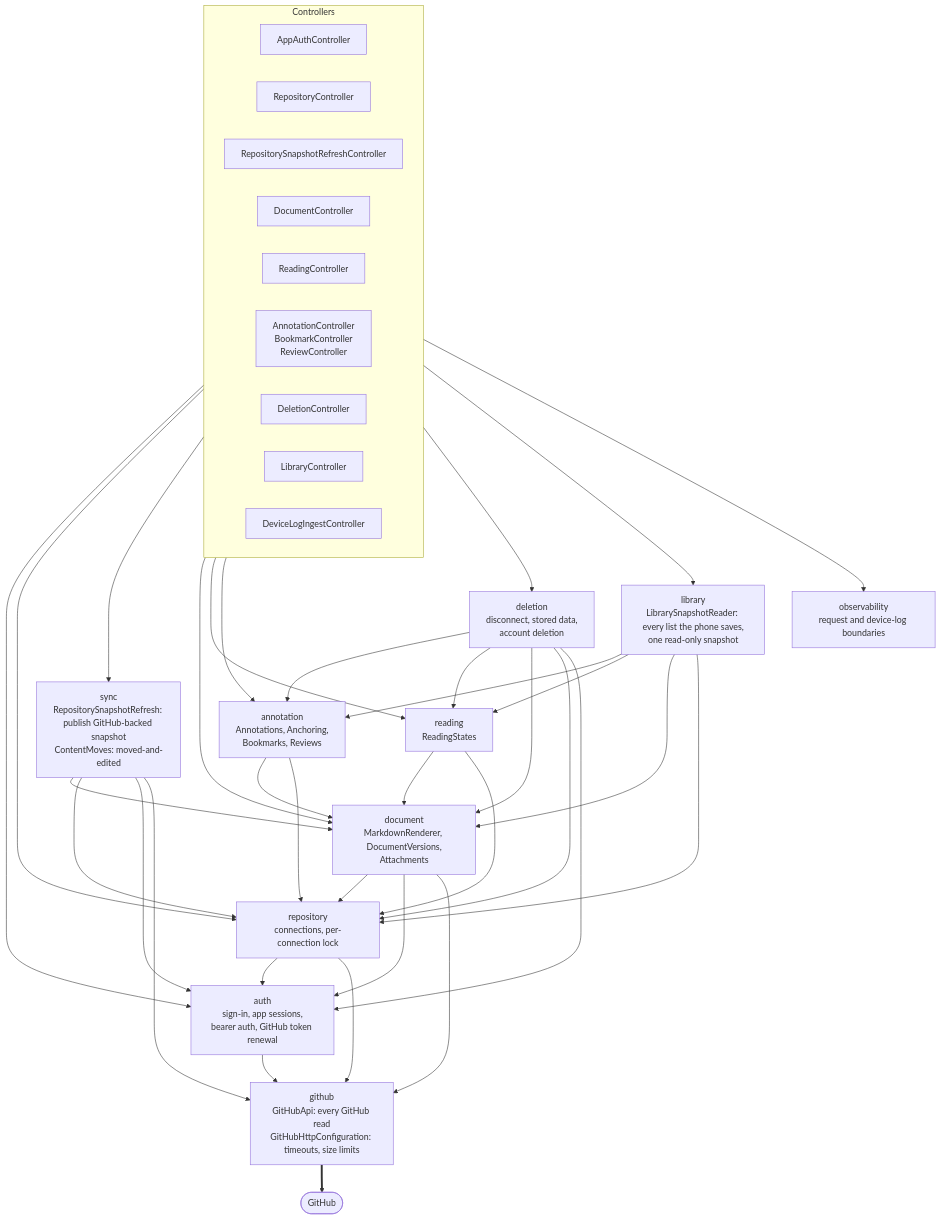
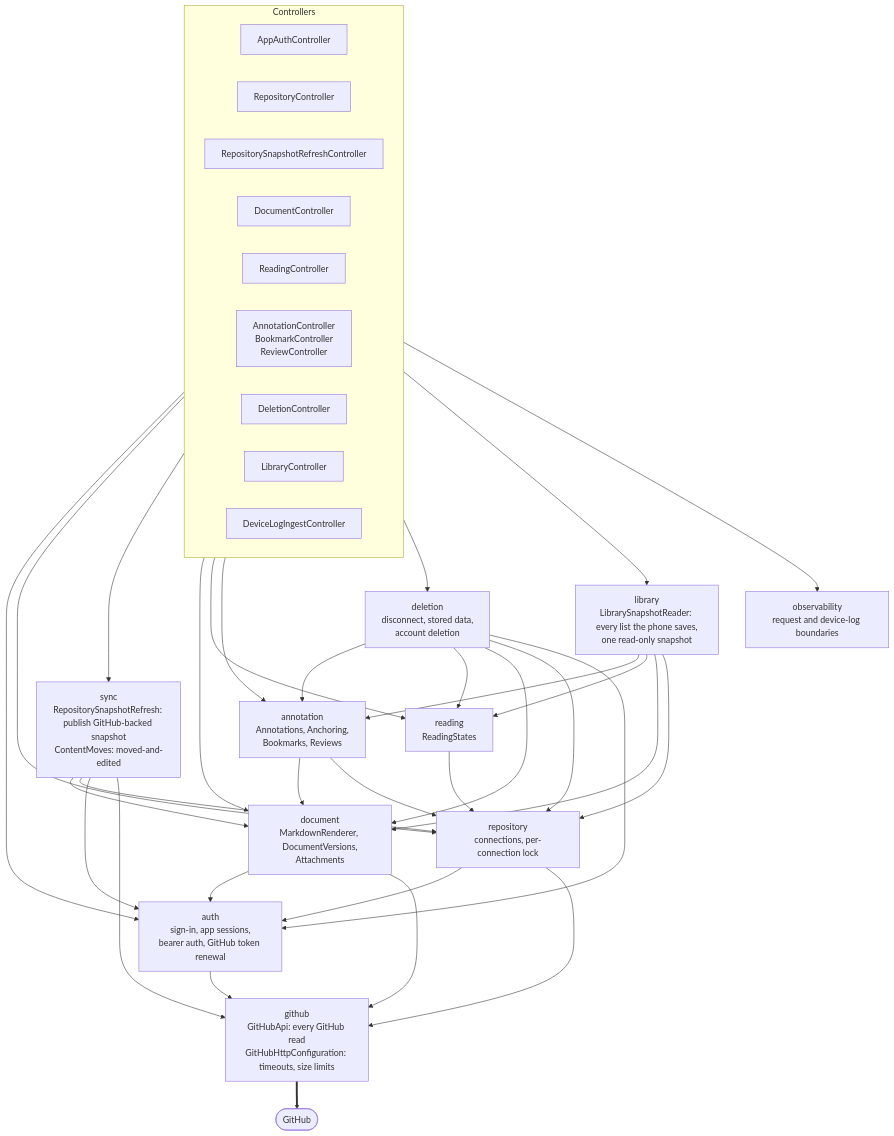
The third of 13 diagrams in docs/architecture.md (jaxwong/reporead), drawn with Mermaid before and after one commit. The commit also changed other lines of this file and 3 other files, not shown here.

````diff
--- a/docs/architecture.md
+++ b/docs/architecture.md
@@ -95,62 +95,60 @@
 ```mermaid
 flowchart TB
     subgraph HTTP["Controllers"]
         direction LR
         AuthC["AppAuthController"]
         RepoC["RepositoryController"]
         SnapshotRefreshC["RepositorySnapshotRefreshController"]
         DocC["DocumentController"]
         ReadC["ReadingController"]
         AnnC["AnnotationController<br/>BookmarkController<br/>ReviewController"]
         DelC["DeletionController"]
         LibC["LibraryController"]
         LogC["DeviceLogIngestController"]
     end
 
     deletion["deletion<br/>disconnect, stored data,<br/>account deletion"]
     observability["observability<br/>request and device-log boundaries"]
     library["library<br/>LibrarySnapshotReader: every list the phone saves,<br/>one read-only snapshot"]
     sync["sync<br/>RepositorySnapshotRefresh: publish GitHub-backed snapshot<br/>ContentMoves: moved-and-edited"]
     annotation["annotation<br/>Annotations, Anchoring,<br/>Bookmarks, Reviews"]
     reading["reading<br/>ReadingStates"]
     document["document<br/>MarkdownRenderer, DocumentVersions,<br/>Attachments"]
     repository["repository<br/>connections, per-connection lock"]
     auth["auth<br/>sign-in, app sessions,<br/>bearer auth, GitHub token renewal"]
     github["github<br/>GitHubApi: every GitHub read<br/>GitHubHttpConfiguration: timeouts, size limits"]
 
     AuthC --> auth
     RepoC --> repository
     SnapshotRefreshC --> sync
     DocC --> document
     ReadC --> reading
     AnnC --> annotation
     DelC --> deletion
     LibC --> library
     LogC --> observability
 
     deletion --> annotation
     deletion --> reading
     deletion --> document
     deletion --> repository
     deletion --> auth
     library --> annotation
     library --> reading
     library --> document
     library --> repository
     sync --> document
     sync --> repository
     sync --> auth
     sync --> github
     annotation --> document
     annotation --> repository
-    reading --> document
     reading --> repository
-    document --> repository
     document --> auth
     document --> github
     repository --> auth
     repository --> github
     auth --> github
 
     github ==> GH(["GitHub"])
 ```
````
